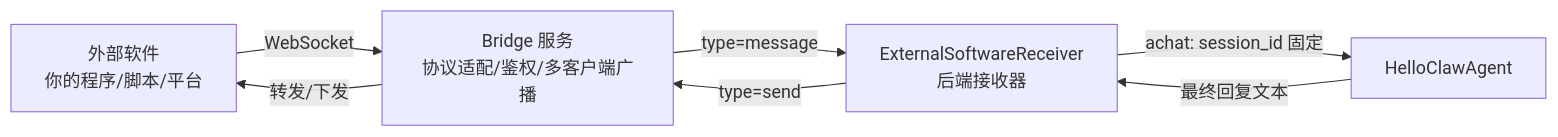
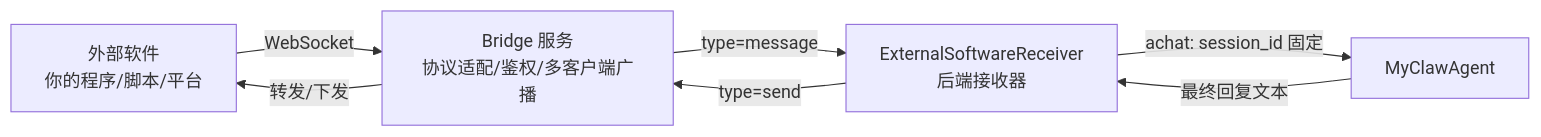
Before and after one commit to promisestar/MyClaw: the first of 3 diagrams in docs/外部软件消息接入说明（External Bridge）.md, drawn with Mermaid. The commit also changed other lines of this file and 19 other files, not shown here.

````diff
--- a/docs/外部软件消息接入说明（External Bridge）.md
+++ b/docs/外部软件消息接入说明（External Bridge）.md
@@ -35,9 +35,9 @@
 ```mermaid
 flowchart LR
     ext[外部软件<br/>你的程序/脚本/平台] -->|WebSocket| bridge[Bridge 服务<br/>协议适配/鉴权/多客户端广播]
     bridge -->|type=message| recv[ExternalSoftwareReceiver<br/>后端接收器]
-    recv -->|achat: session_id 固定| agent[HelloClawAgent]
+    recv -->|achat: session_id 固定| agent[MyClawAgent]
     agent -->|最终回复文本| recv
     recv -->|type=send| bridge
     bridge -->|转发/下发| ext
 ```
````
